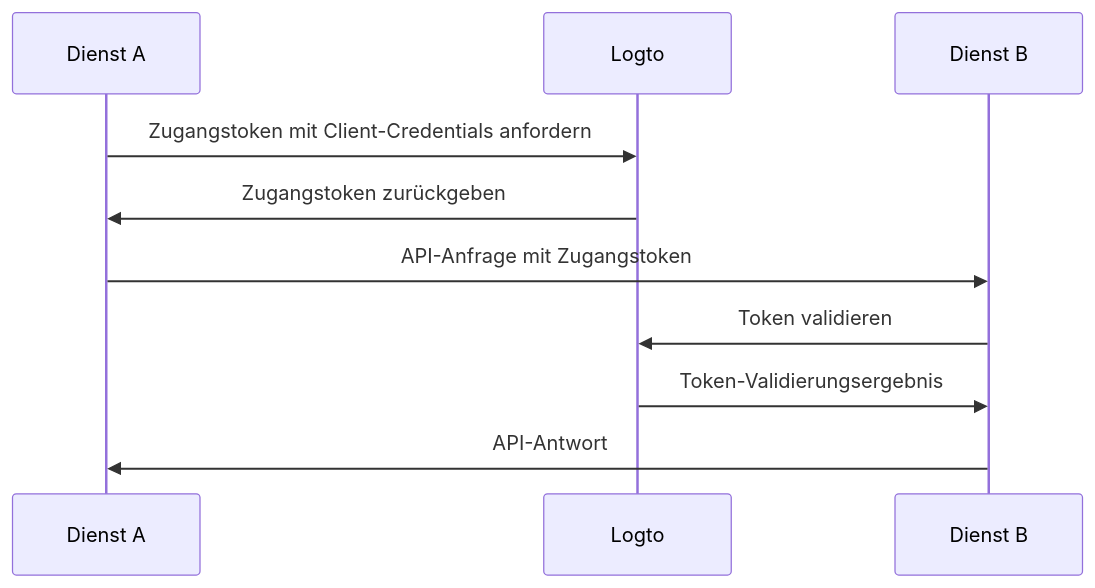
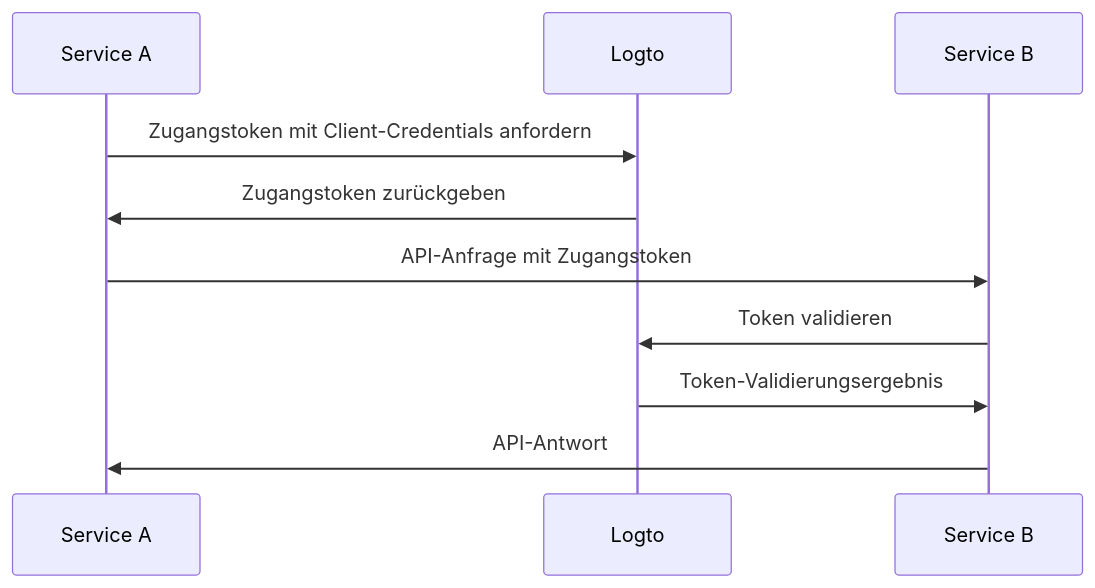
The second of 2 diagrams in i18n/de/docusaurus-plugin-content-docs/current/integrate-logto/integrate-logto-into-your-application/understand-authentication-flow.mdx (logto-io/docs), drawn with Mermaid before and after one commit. The commit also changed other lines of this file and 234 other files, not shown here.

````diff
--- a/i18n/de/docusaurus-plugin-content-docs/current/integrate-logto/integrate-logto-into-your-application/understand-authentication-flow.mdx
+++ b/i18n/de/docusaurus-plugin-content-docs/current/integrate-logto/integrate-logto-into-your-application/understand-authentication-flow.mdx
@@ -37,13 +37,13 @@
 ```mermaid
 sequenceDiagram
-    participant Dienst A
+    participant Service A
     participant Logto
-    participant Dienst B
+    participant Service B
 
-    Dienst A->>Logto: Zugangstoken mit Client-Credentials anfordern
-    Logto->>Dienst A: Zugangstoken zurückgeben
-    Dienst A->>Dienst B: API-Anfrage mit Zugangstoken
-    Dienst B->>Logto: Token validieren
-    Logto->>Dienst B: Token-Validierungsergebnis
-    Dienst B->>Dienst A: API-Antwort
+    Service A->>Logto: Zugangstoken mit Client-Credentials anfordern
+    Logto->>Service A: Zugangstoken zurückgeben
+    Service A->>Service B: API-Anfrage mit Zugangstoken
+    Service B->>Logto: Token validieren
+    Logto->>Service B: Token-Validierungsergebnis
+    Service B->>Service A: API-Antwort
 ```
````
